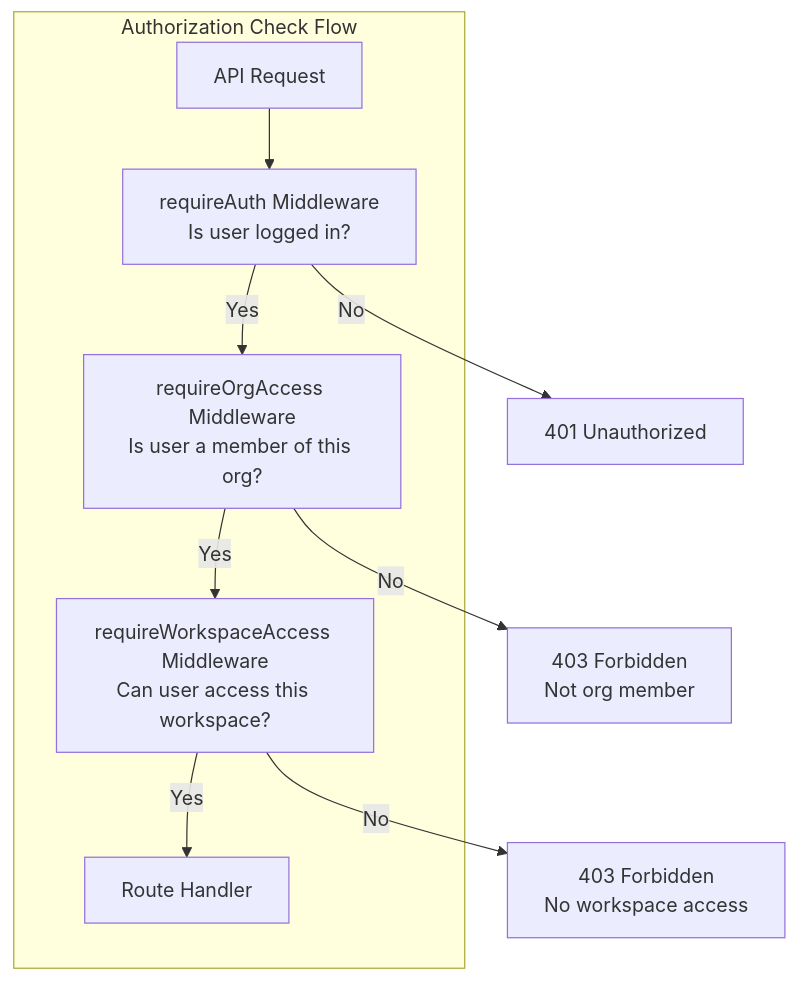
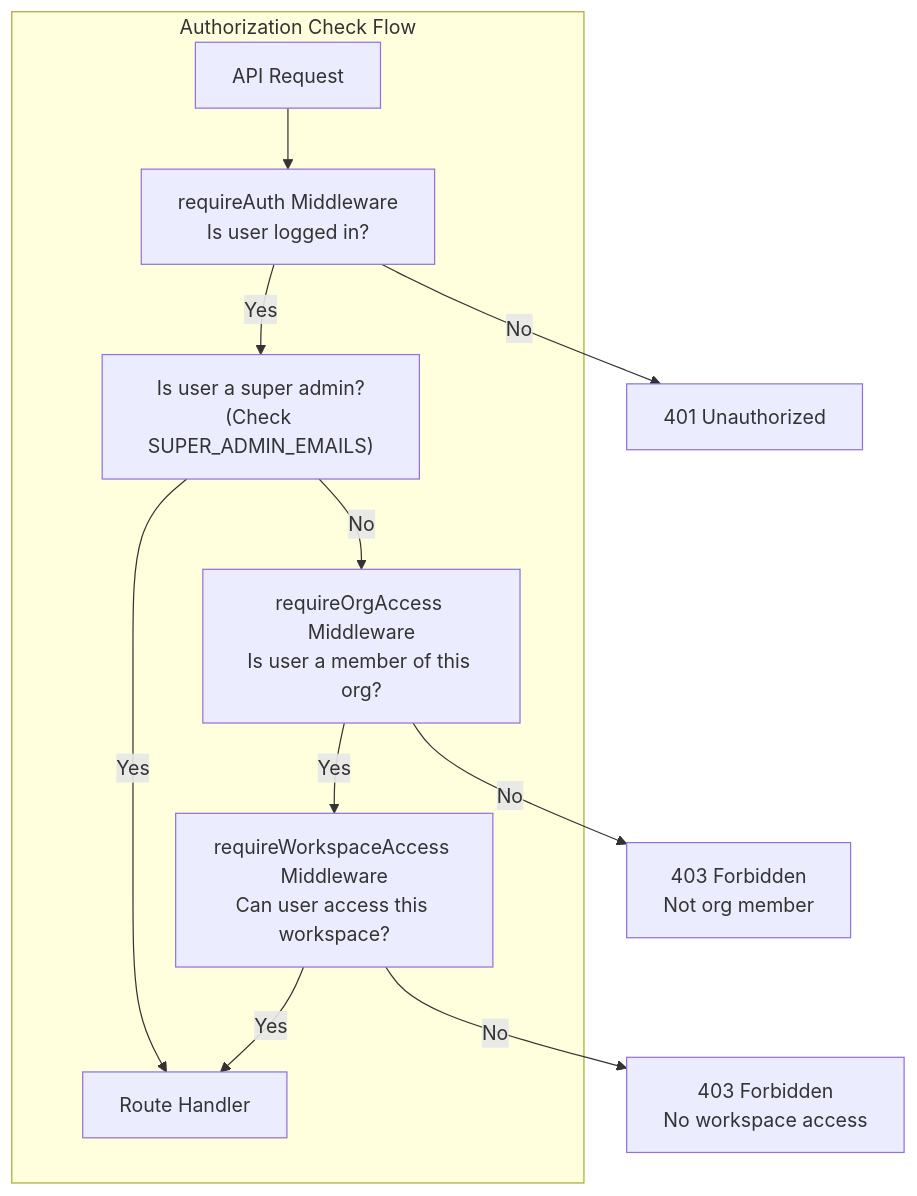
One commit to willdady/platypus changed the second of 3 diagrams in plans/better-auth-implementation.md. Above: the diagram before and after it, drawn with Mermaid. The commit also changed other lines of this file and 23 other files, not shown here.

````diff
--- a/plans/better-auth-implementation.md
+++ b/plans/better-auth-implementation.md
@@ -668,18 +695,21 @@
 ```mermaid
 flowchart TB
     subgraph AuthCheck["Authorization Check Flow"]
         Request["API Request"]
         AuthMW["requireAuth Middleware<br/>Is user logged in?"]
+        SuperAdminCheck["Is user a super admin?<br/>(Check SUPER_ADMIN_EMAILS)"]
         OrgMW["requireOrgAccess Middleware<br/>Is user a member of this org?"]
         WsMW["requireWorkspaceAccess Middleware<br/>Can user access this workspace?"]
         Route["Route Handler"]
     end
-    
+
     Request --> AuthMW
-    AuthMW -->|"Yes"| OrgMW
+    AuthMW -->|"Yes"| SuperAdminCheck
     AuthMW -->|"No"| Deny401["401 Unauthorized"]
+    SuperAdminCheck -->|"Yes"| Route
+    SuperAdminCheck -->|"No"| OrgMW
     OrgMW -->|"Yes"| WsMW
     OrgMW -->|"No"| Deny403Org["403 Forbidden<br/>Not org member"]
     WsMW -->|"Yes"| Route
     WsMW -->|"No"| Deny403Ws["403 Forbidden<br/>No workspace access"]
 ```
````
